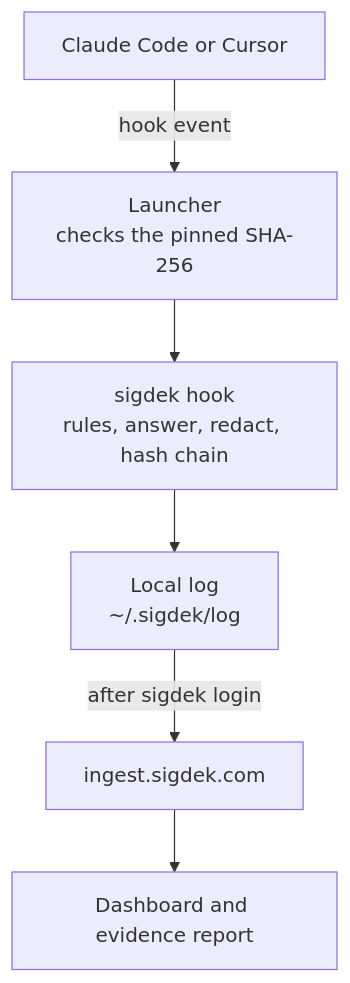
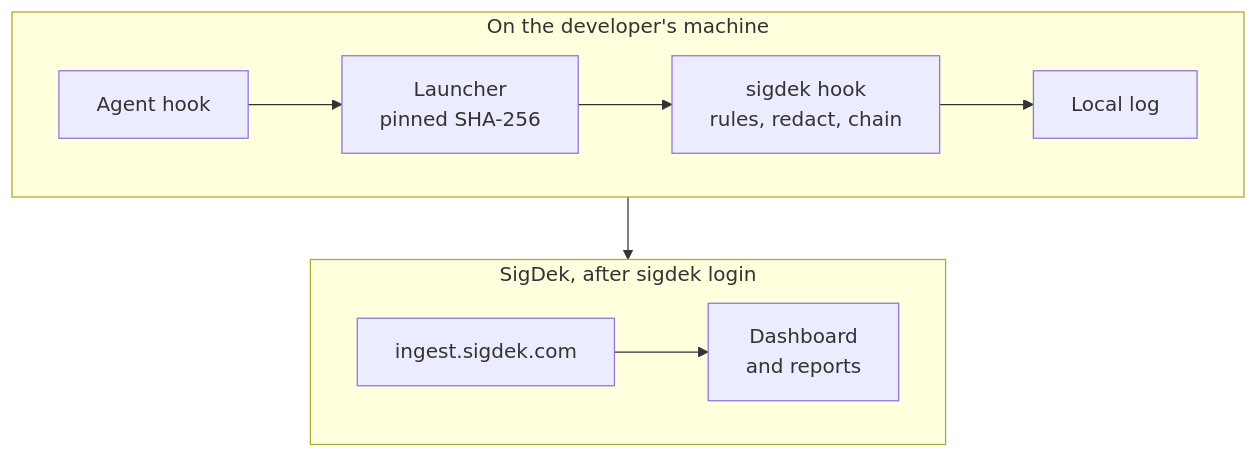
The diagram in README.md (tektonsoftware/sigdek), drawn with Mermaid before and after one commit. The commit also changed other lines of this file and 6 other files, not shown here.

````diff
--- a/README.md
+++ b/README.md
@@ -89,8 +95,12 @@
 ```mermaid
 flowchart TD
-  A["Claude Code or Cursor"] -->|hook event| B["Launcher<br/>checks the pinned SHA-256"]
-  B --> C["sigdek hook<br/>rules, answer, redact, hash chain"]
-  C --> D["Local log<br/>~/.sigdek/log"]
-  D -->|"after sigdek login"| E["ingest.sigdek.com"]
-  E --> F["Dashboard and evidence report"]
+  subgraph M["On the developer's machine"]
+    direction LR
+    A["Agent hook"] --> B["Launcher<br/>pinned SHA-256"] --> C["sigdek hook<br/>rules, redact, chain"] --> D["Local log"]
+  end
+  subgraph S["SigDek, after sigdek login"]
+    direction LR
+    E["ingest.sigdek.com"] --> F["Dashboard<br/>and reports"]
+  end
+  M --> S
 ```
````
